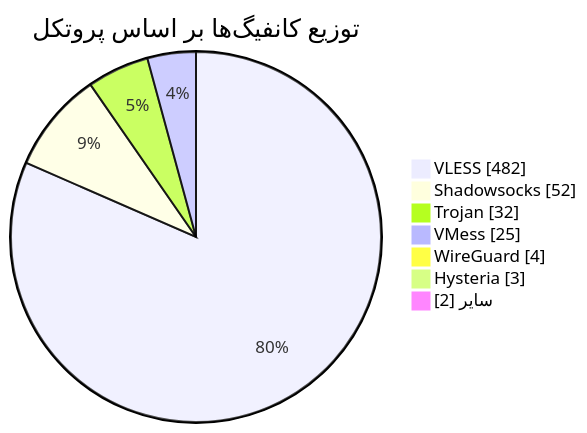
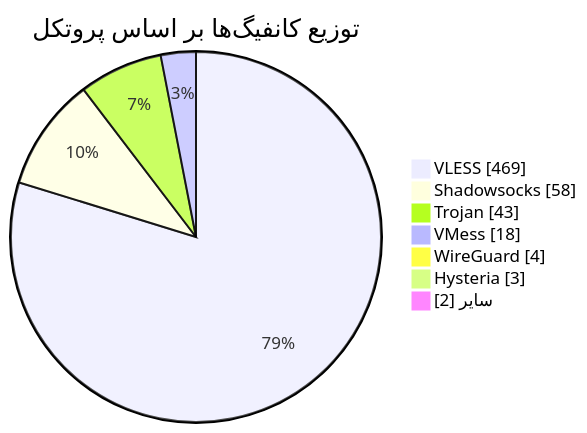
One commit to Arian-Alijani/Somthing changed the diagram in README.md. Above: the diagram before and after it, drawn with Mermaid. The commit also changed other lines of this file and 15 other files, not shown here.

````diff
--- a/README.md
+++ b/README.md
@@ -49,11 +49,11 @@
 ```mermaid
 pie showData
     title توزیع کانفیگ‌ها بر اساس پروتکل
-    "VLESS" : 482
-    "Shadowsocks" : 52
-    "Trojan" : 32
-    "VMess" : 25
+    "VLESS" : 469
+    "Shadowsocks" : 58
+    "Trojan" : 43
+    "VMess" : 18
     "WireGuard" : 4
     "Hysteria" : 3
     "سایر" : 2
 ```
````
